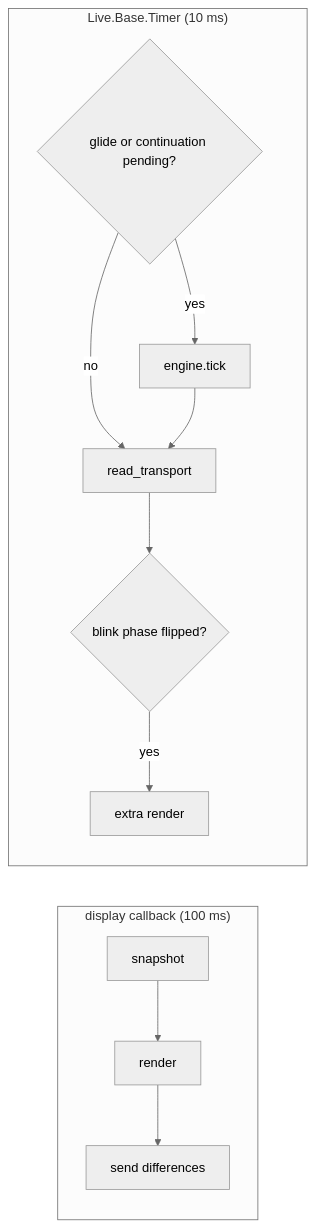
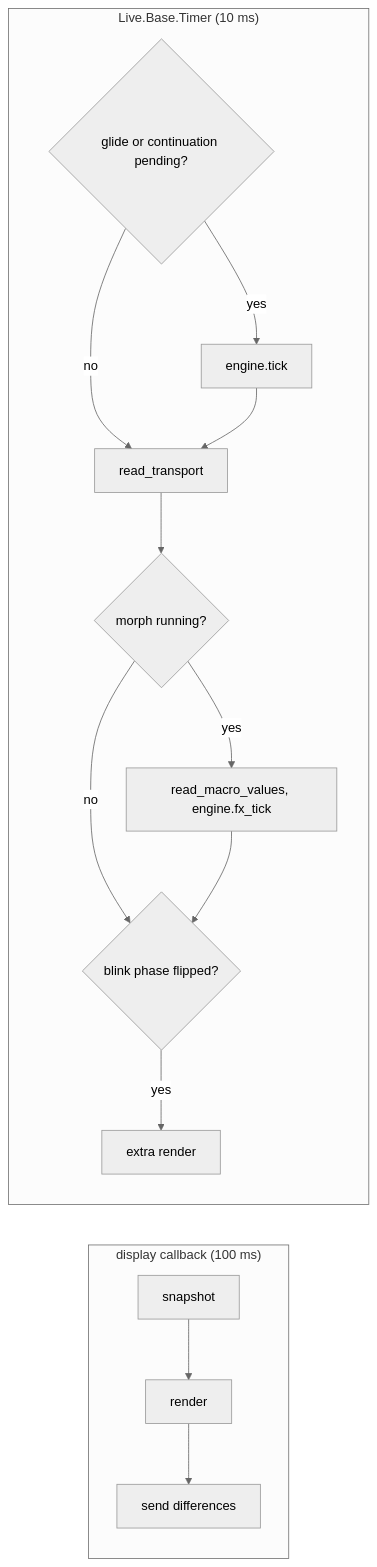
The sixth of 8 diagrams in docs/architecture.md (ianbleaker/bleakloop-linnstrument), drawn with Mermaid (neutral theme) before and after one commit. The commit also changed other lines of this file and 23 other files, not shown here.

````diff
--- a/docs/architecture.md
+++ b/docs/architecture.md
@@ -365,13 +379,16 @@
 ```mermaid
 flowchart LR
   subgraph display["display callback (100 ms)"]
     snapshot["snapshot"] --> draw["render"] --> send["send differences"]
   end
   subgraph timer["Live.Base.Timer (10 ms)"]
     pending{"glide or continuation pending?"} -->|"yes"| tick["engine.tick"]
     pending -->|"no"| transport["read_transport"]
     tick --> transport
-    transport --> flipped{"blink phase flipped?"}
+    transport --> morphing{"morph running?"}
+    morphing -->|"yes"| fxtick["read_macro_values, engine.fx_tick"]
+    morphing -->|"no"| flipped
+    fxtick --> flipped{"blink phase flipped?"}
     flipped -->|"yes"| extra["extra render"]
   end
 ```
````
